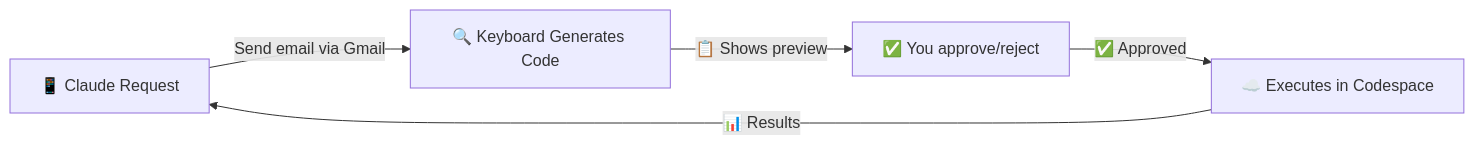
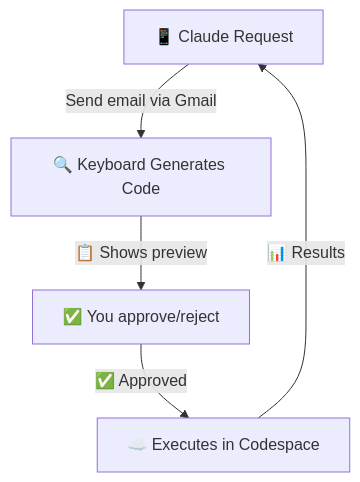
Before and after one commit to rolandstdocs/docs: the diagram in how-it-works/architecture.mdx, drawn with Mermaid.

Commit message:
Documentation edits made through Mintlify web editor

````diff
--- a/how-it-works/architecture.mdx
+++ b/how-it-works/architecture.mdx
@@ -8,7 +8,7 @@
 ```mermaid
-flowchart LR
+flowchart TD
     A[📱 Claude Request] -->|"Send email via Gmail"| B[🔍 Keyboard Generates Code]
     B -->|📋 Shows preview| C[✅ You approve/reject]
     C -->|✅ Approved| D[☁️ Executes in Codespace]
     D -->|📊 Results| A
 ```
````
